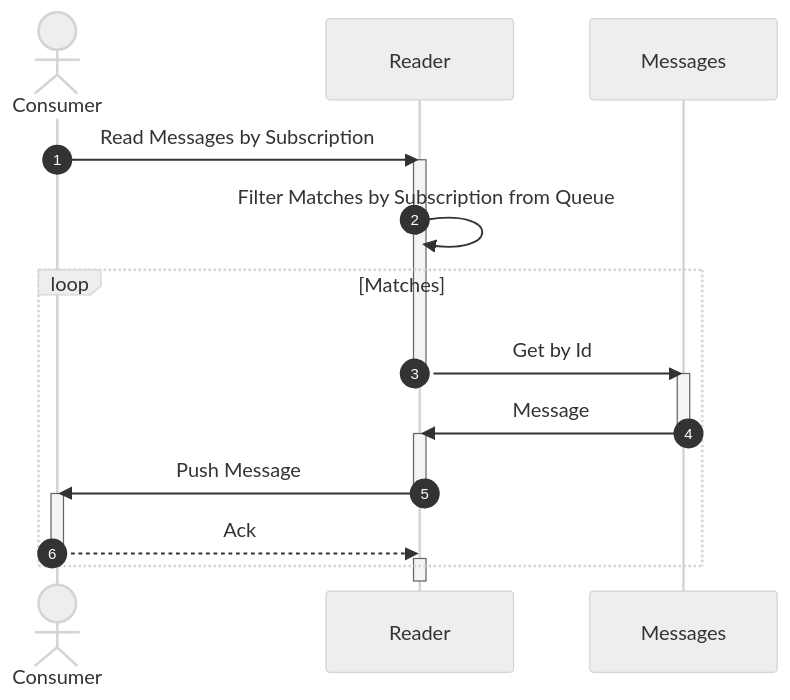
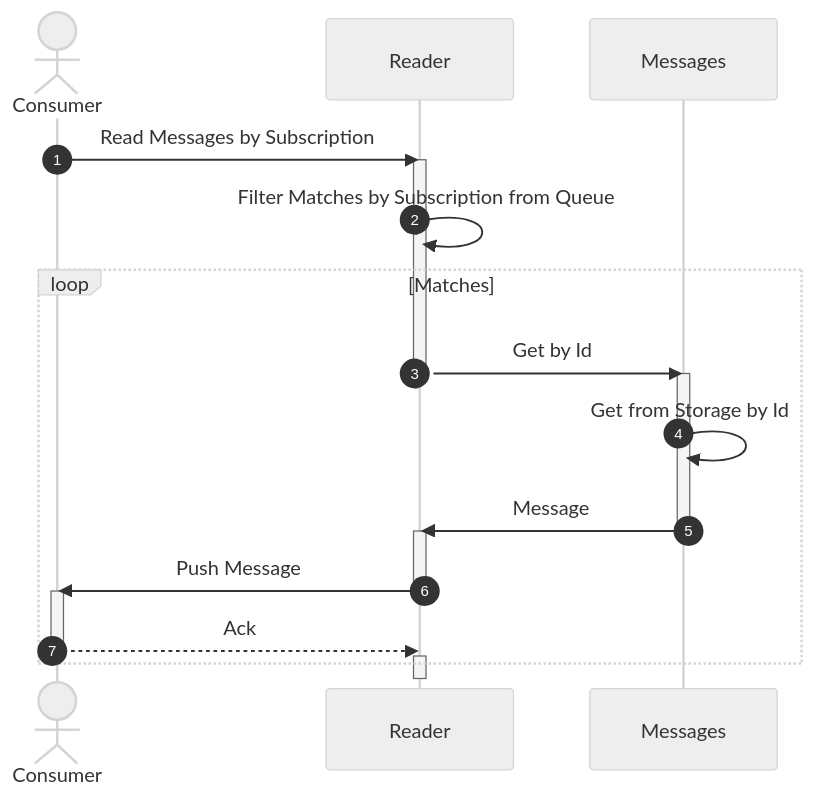
One commit to awakari/.github changed the second of 2 diagrams in profile/README.md. Above: the diagram before and after it, drawn with Mermaid.

Commit message:
readme update

````diff
--- a/profile/README.md
+++ b/profile/README.md
@@ -206,36 +206,37 @@
 ```mermaid
 %%{init: {'theme': 'neutral' } }%%
 sequenceDiagram
 
     autonumber
 
     actor Consumer
     participant Reader
     participant Messages
 
     Consumer->>Reader: Read Messages by Subscription
 
     activate Reader
     Reader->>Reader: Filter Matches by Subscription from Queue
     loop Matches
 
         Reader->>Messages: Get by Id
         deactivate Reader
     
         activate Messages
+        Messages->>Messages: Get from Storage by Id
         Messages->>Reader: Message
         deactivate Messages
         
         activate Reader
         Reader->>Consumer: Push Message
         deactivate Reader
 
         activate Consumer
         Consumer-->>Reader: Ack
         deactivate Consumer
         
         activate Reader
     
     end
     deactivate Reader
 ```
````
